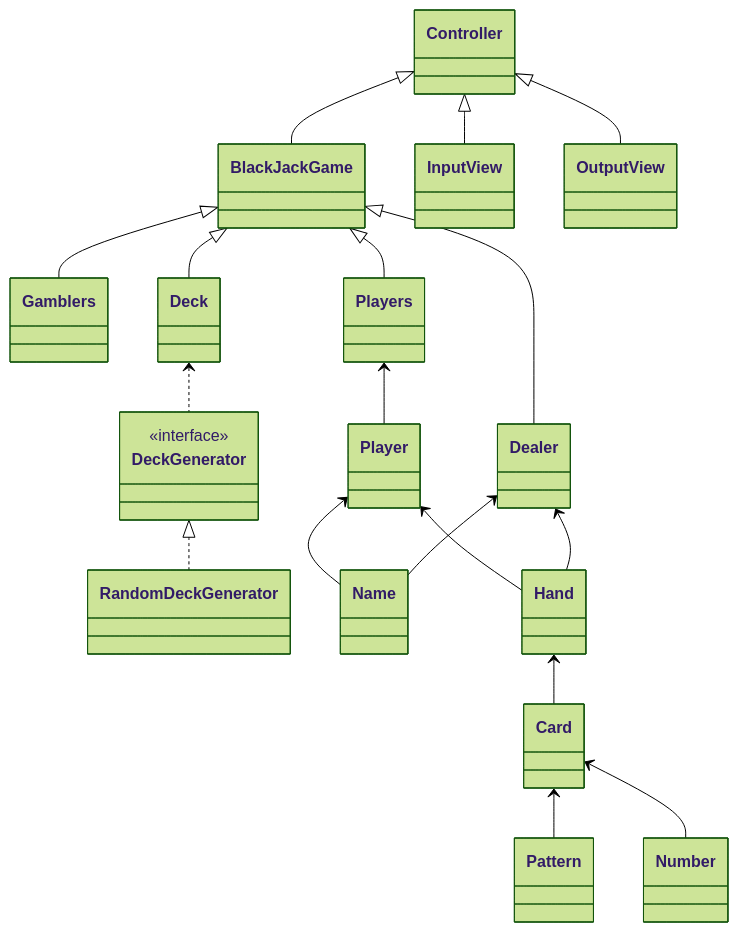
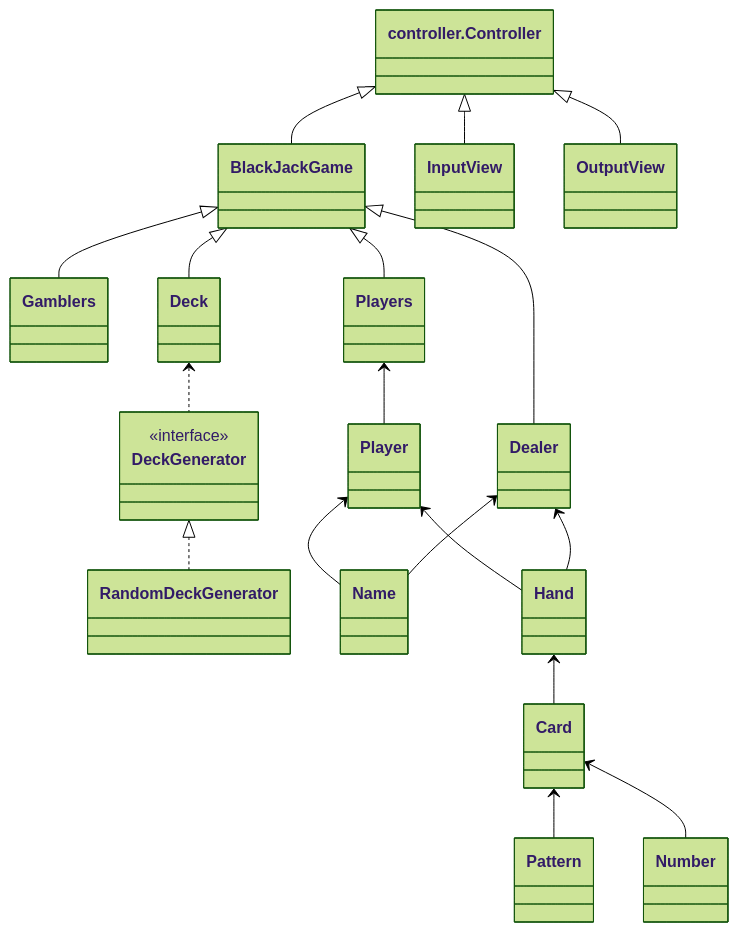
The diagram in README.md (woowacourse/java-blackjack), drawn with Mermaid (forest theme) before and after one commit. The commit also changed other lines of this file and 3 other files, not shown here.

````diff
--- a/README.md
+++ b/README.md
@@ -11,21 +11,21 @@
 ```mermaid
 classDiagram
   BlackJackGame <|-- Gamblers
   BlackJackGame <|-- Deck
   BlackJackGame <|-- Players
   BlackJackGame <|-- Dealer
-  Controller <|-- BlackJackGame
-  Controller <|-- InputView
-  Controller <|-- OutputView
+  controller.Controller <|-- BlackJackGame
+  controller.Controller <|-- InputView
+  controller.Controller <|-- OutputView
   Deck <.. DeckGenerator
   <<interface>>DeckGenerator
   DeckGenerator <|.. RandomDeckGenerator
   Players <-- Player
   Player <-- Name
   Player <-- Hand
   Dealer <-- Name
   Dealer <-- Hand
   Hand <-- Card
   Card <-- Pattern
   Card <-- Number
 ```
````
